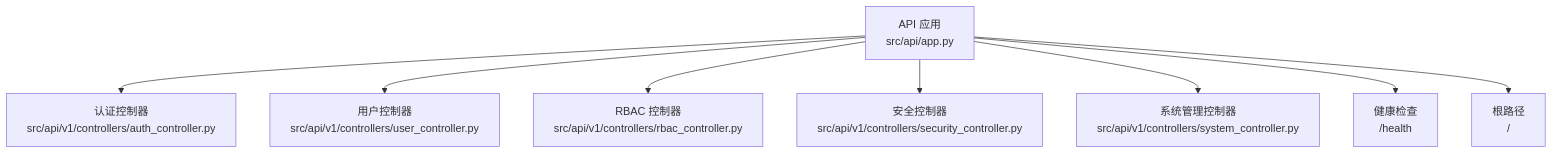
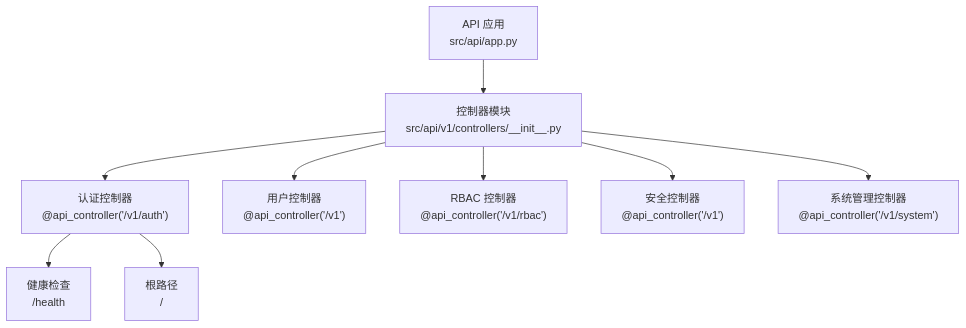
The first of 3 diagrams in .qoder/repowiki/zh/content/API 接口文档/API 接口文档.md (taoweidong/Hello-Django-Ninja-Api), drawn with Mermaid before and after one commit. The commit also changed other lines of this file and 7 other files, not shown here.

````diff
--- a/.qoder/repowiki/zh/content/API 接口文档/API 接口文档.md
+++ b/.qoder/repowiki/zh/content/API 接口文档/API 接口文档.md
@@ -53,10 +62,11 @@
 ```mermaid
 graph TB
-App["API 应用<br/>src/api/app.py"] --> CAuth["认证控制器<br/>src/api/v1/controllers/auth_controller.py"]
-App --> CUser["用户控制器<br/>src/api/v1/controllers/user_controller.py"]
-App --> CRbac["RBAC 控制器<br/>src/api/v1/controllers/rbac_controller.py"]
-App --> CSecurity["安全控制器<br/>src/api/v1/controllers/security_controller.py"]
-App --> CSystem["系统管理控制器<br/>src/api/v1/controllers/system_controller.py"]
-App --> Health["健康检查<br/>/health"]
-App --> Root["根路径<br/>/"]
+App["API 应用<br/>src/api/app.py"] --> Controllers["控制器模块<br/>src/api/v1/controllers/__init__.py"]
+Controllers --> CAuth["认证控制器<br/>@api_controller('/v1/auth')"]
+Controllers --> CUser["用户控制器<br/>@api_controller('/v1')"]
+Controllers --> CRbac["RBAC 控制器<br/>@api_controller('/v1/rbac')"]
+Controllers --> CSecurity["安全控制器<br/>@api_controller('/v1')"]
+Controllers --> CSystem["系统管理控制器<br/>@api_controller('/v1/system')"]
+CAuth --> Health["健康检查<br/>/health"]
+CAuth --> Root["根路径<br/>/"]
 ```
````
